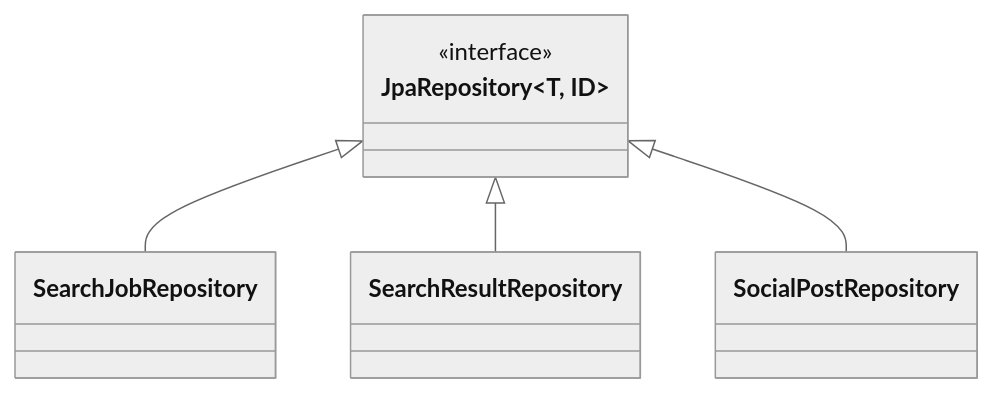
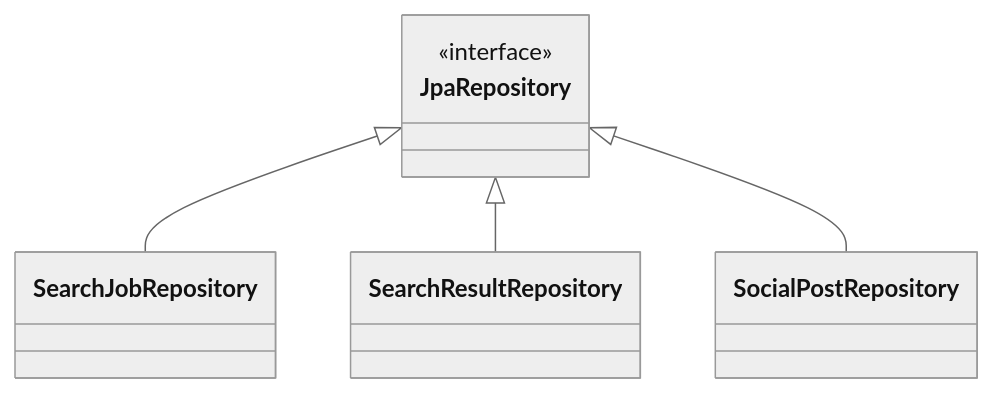
Diagram 13 of 31 in architecture.md (anubhavbagri/CrowdLens), drawn with Mermaid (neutral theme) before and after one commit. The commit also changed other lines of this file and 1 other file, not shown here.

Commit message:
fix diagrams

````diff
--- a/architecture.md
+++ b/architecture.md
@@ -516,13 +514,13 @@
 ```mermaid
 classDiagram
-    class JpaRepository~T, ID~ {
+    class JpaRepository {
         <<interface>>
     }
     class SearchJobRepository
     class SearchResultRepository
     class SocialPostRepository
 
     JpaRepository <|-- SearchJobRepository
     JpaRepository <|-- SearchResultRepository
     JpaRepository <|-- SocialPostRepository
 ```
````
